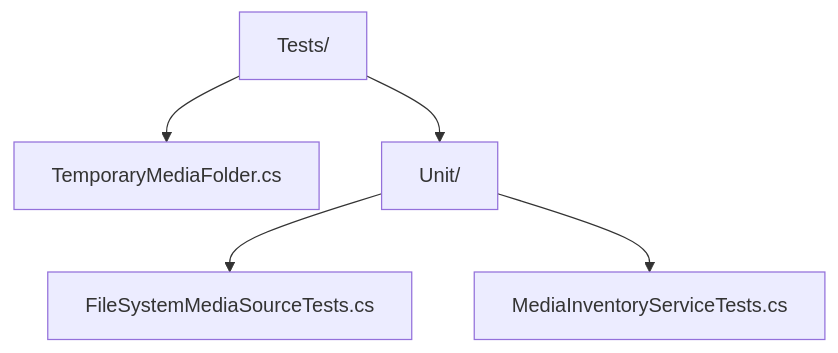
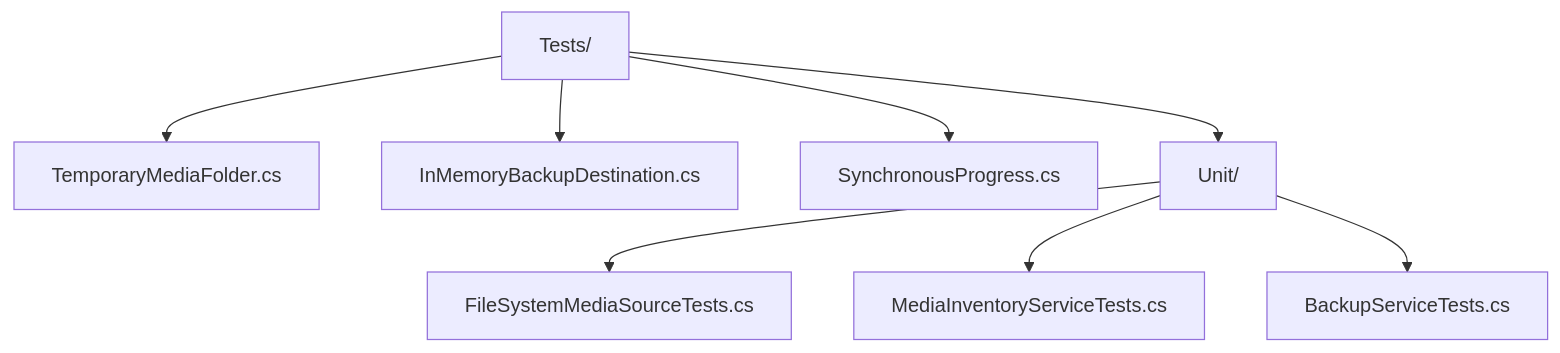
The diagram in src/DcimCloudSync.Core.Tests/README.md (f2calv/android-dcim-cloud-sync), drawn with Mermaid before and after one commit. The commit also changed other lines of this file and 36 other files, not shown here.

````diff
--- a/src/DcimCloudSync.Core.Tests/README.md
+++ b/src/DcimCloudSync.Core.Tests/README.md
@@ -30,7 +33,10 @@
 ```mermaid
 graph TD
     Tests[Tests/] --> Folder[TemporaryMediaFolder.cs]
+    Tests --> Destination[InMemoryBackupDestination.cs]
+    Tests --> Progress[SynchronousProgress.cs]
     Tests --> Unit[Unit/]
     Unit --> Source[FileSystemMediaSourceTests.cs]
     Unit --> Inventory[MediaInventoryServiceTests.cs]
+    Unit --> Backup[BackupServiceTests.cs]
 ```
````
